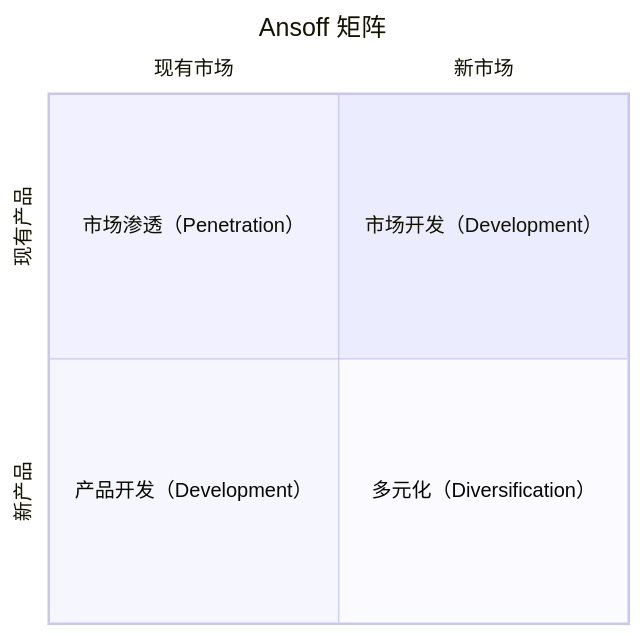
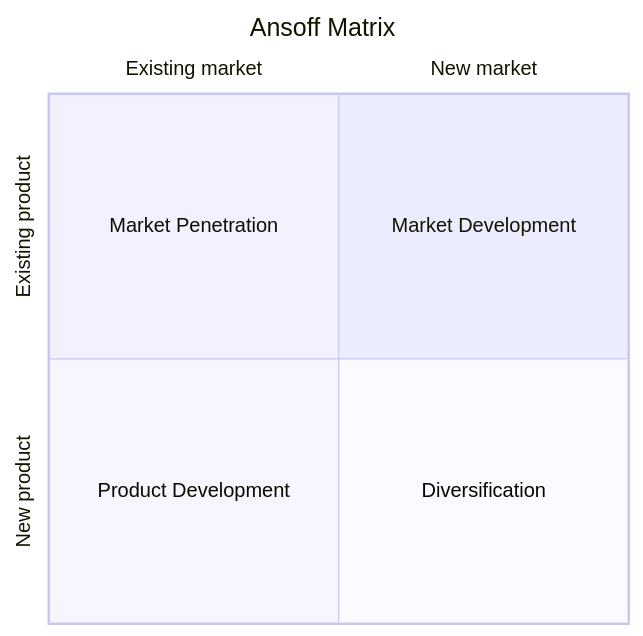
One commit to Kirky-X/kueiku changed the diagram in references/strategy/ansoff-matrix.md. Above: the diagram before and after it, drawn with Mermaid. The commit also changed other lines of this file and 126 other files, not shown here.

````diff
--- a/references/strategy/ansoff-matrix.md
+++ b/references/strategy/ansoff-matrix.md
@@ -7,10 +7,10 @@
 ```mermaid
 quadrantChart
-    title Ansoff 矩阵
-    x-axis 现有市场 --> 新市场
-    y-axis 新产品 --> 现有产品
-    quadrant-1 市场开发（Development）
-    quadrant-2 市场渗透（Penetration）
-    quadrant-3 产品开发（Development）
-    quadrant-4 多元化（Diversification）
+    title Ansoff Matrix
+    x-axis Existing market --> New market
+    y-axis New product --> Existing product
+    quadrant-1 Market Development
+    quadrant-2 Market Penetration
+    quadrant-3 Product Development
+    quadrant-4 Diversification
 ```
````
